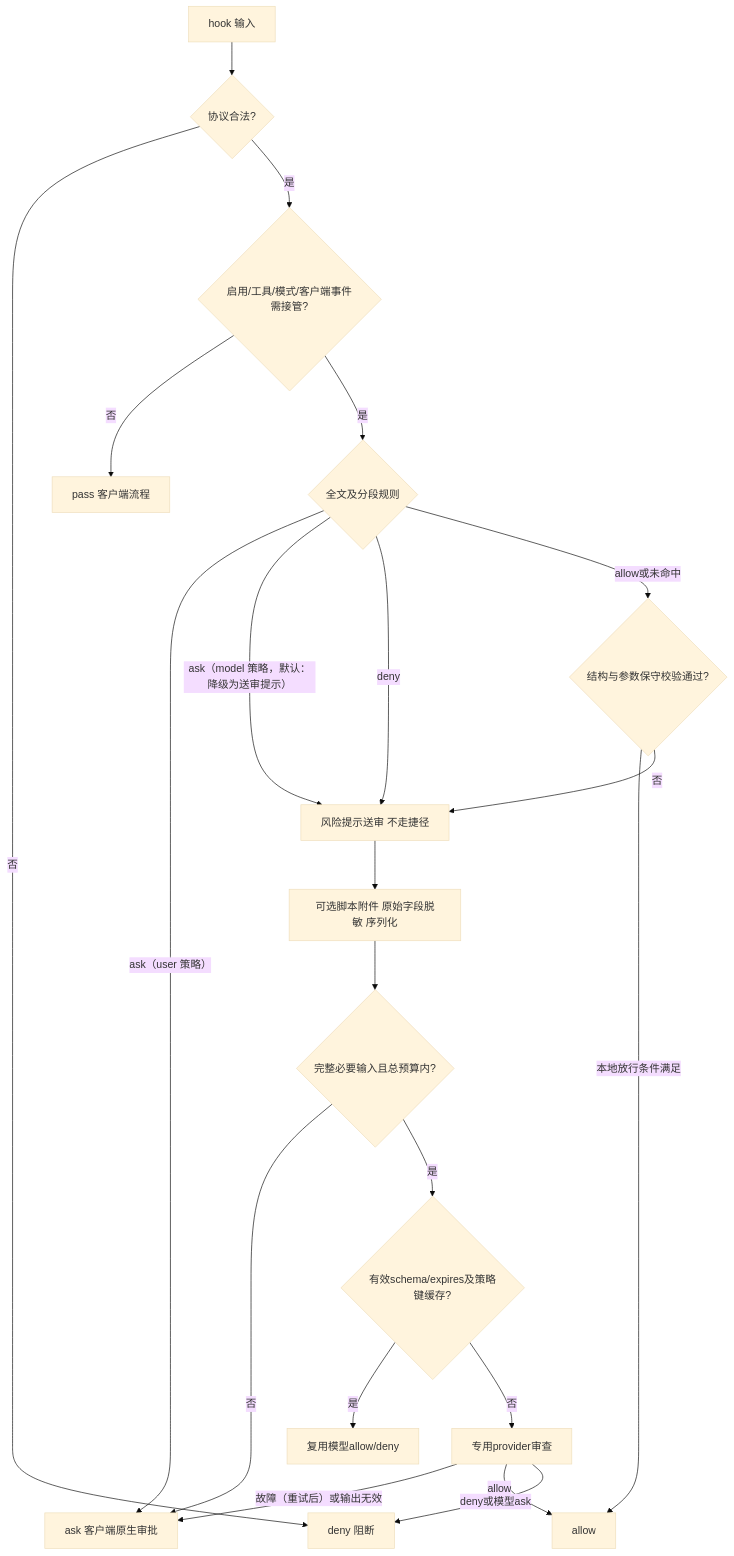
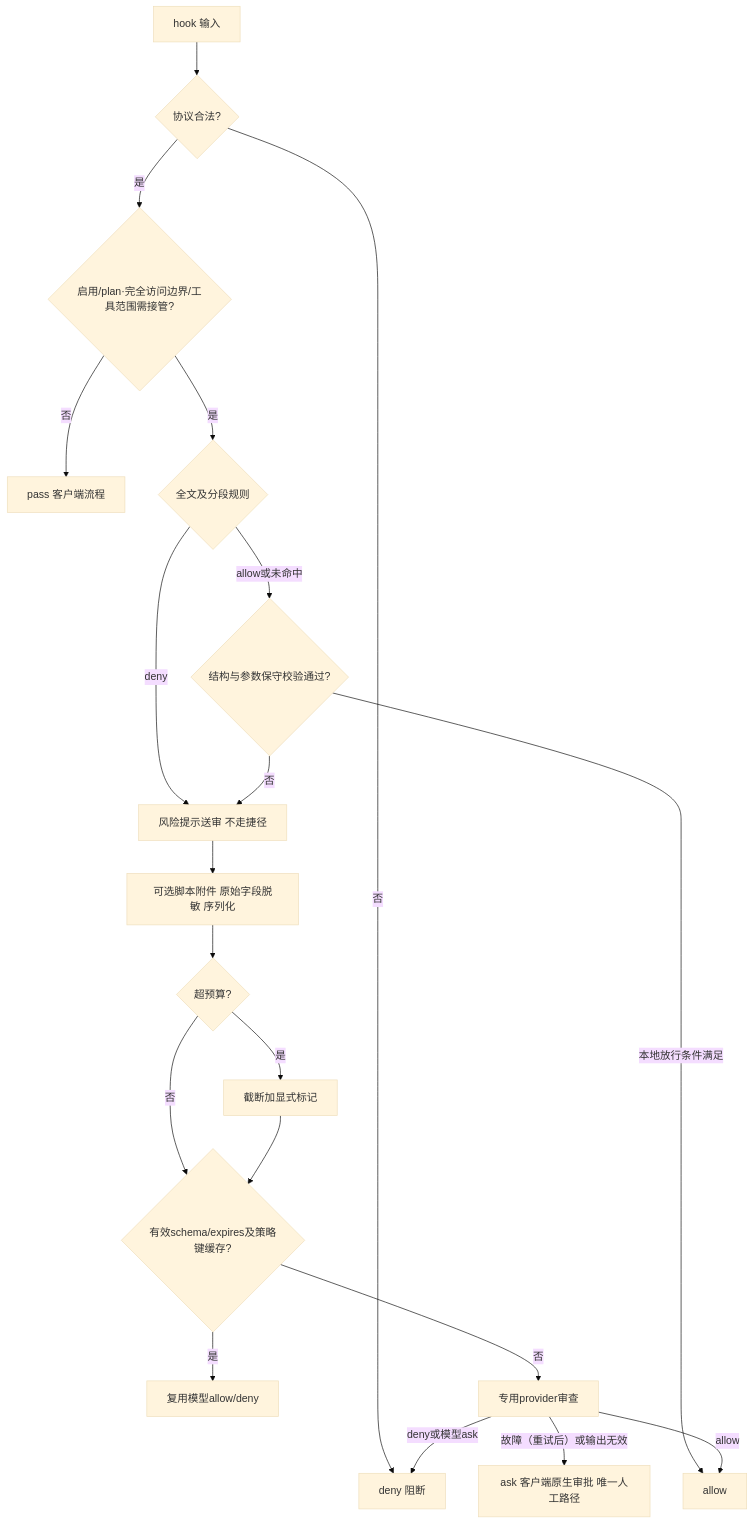
One commit to cy-2-u/zhao changed the diagram in docs/project_wiki/02_开发文档/模块设计_决策管线.md. Above: the diagram before and after it, drawn with Mermaid (base theme). The commit also changed other lines of this file and 28 other files, not shown here.

````diff
--- a/docs/project_wiki/02_开发文档/模块设计_决策管线.md
+++ b/docs/project_wiki/02_开发文档/模块设计_决策管线.md
@@ -7,23 +7,22 @@
 ```mermaid
 flowchart TD
     A[hook 输入] --> B{协议合法?}
     B -- 否 --> D[deny 阻断]
-    B -- 是 --> C{启用/工具/模式/客户端事件需接管?}
+    B -- 是 --> C{启用/plan·完全访问边界/工具范围需接管?}
     C -- 否 --> P[pass 客户端流程]
     C -- 是 --> E{全文及分段规则}
-    E -- "ask（user 策略）" --> Q[ask 客户端原生审批]
-    E -- "ask（model 策略，默认：降级为送审提示）" --> H[风险提示送审 不走捷径]
-    E -- deny --> H
+    E -- deny --> H[风险提示送审 不走捷径]
     E -- allow或未命中 --> F{结构与参数保守校验通过?}
     F -- 本地放行条件满足 --> L[allow]
     F -- 否 --> H
     H --> S[可选脚本附件 原始字段脱敏 序列化]
-    S --> T{完整必要输入且总预算内?}
-    T -- 否 --> Q
-    T -- 是 --> K{有效schema/expires及策略键缓存?}
+    S --> T{超预算?}
+    T -- 是 --> T2[截断加显式标记]
+    T -- 否 --> K
+    T2 --> K{有效schema/expires及策略键缓存?}
     K -- 是 --> V[复用模型allow/deny]
     K -- 否 --> M[专用provider审查]
-    M -- "故障（重试后）或输出无效" --> Q
+    M -- "故障（重试后）或输出无效" --> Q[ask 客户端原生审批 唯一人工路径]
     M -- allow --> L
     M -- deny或模型ask --> D
 ```
````
